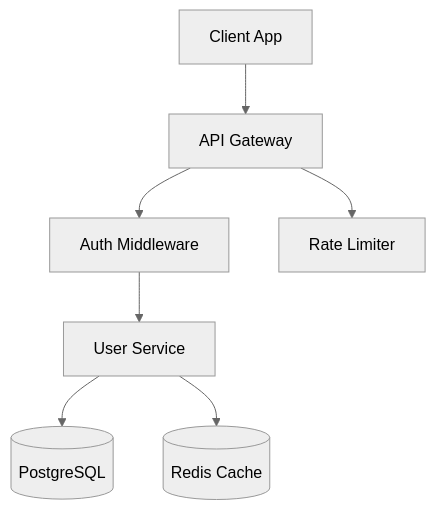
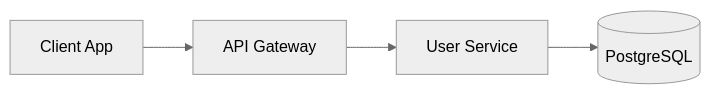
The diagram in packages/core/tests/fixtures/api-spec.md (rwoll/markdown-review), drawn with Mermaid (neutral theme) before and after one commit. The commit also changed other lines of this file and 2 other files, not shown here.

First line of the commit message:
Simplify fixture to show mermaid, code, and question in one viewport

````diff
--- a/packages/core/tests/fixtures/api-spec.md
+++ b/packages/core/tests/fixtures/api-spec.md
@@ -9,9 +9,6 @@
 ```mermaid
-graph TD
+graph LR
     Client[Client App] --> GW[API Gateway]
-    GW --> Auth[Auth Middleware]
-    Auth --> US[User Service]
+    GW --> US[User Service]
     US --> DB[(PostgreSQL)]
-    US --> Cache[(Redis Cache)]
-    GW --> RL[Rate Limiter]
 ```
````
